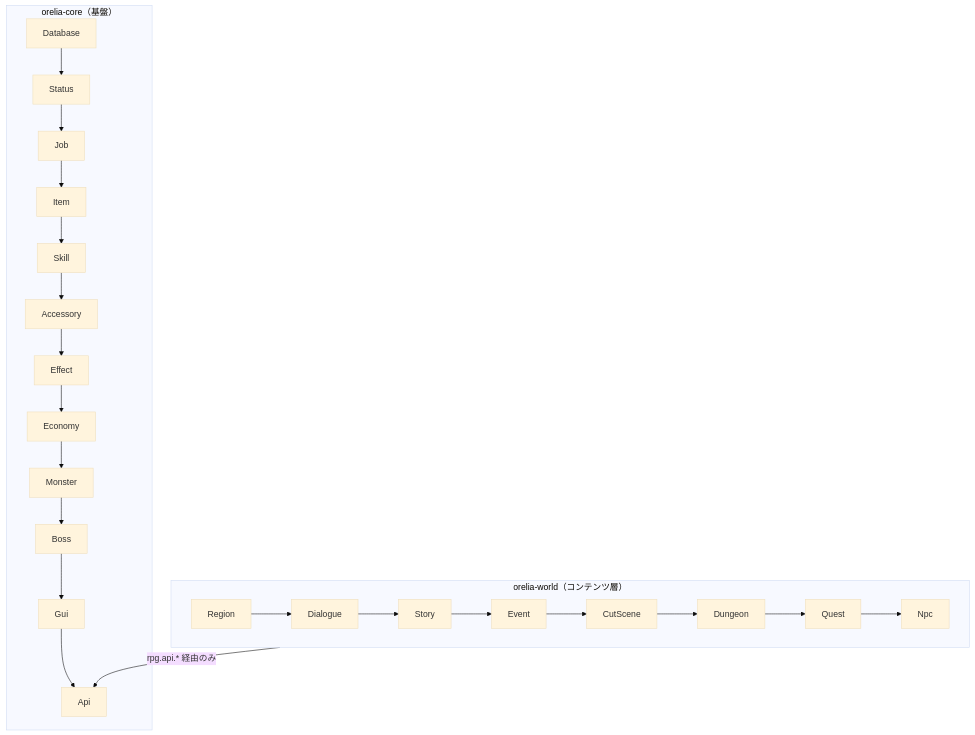
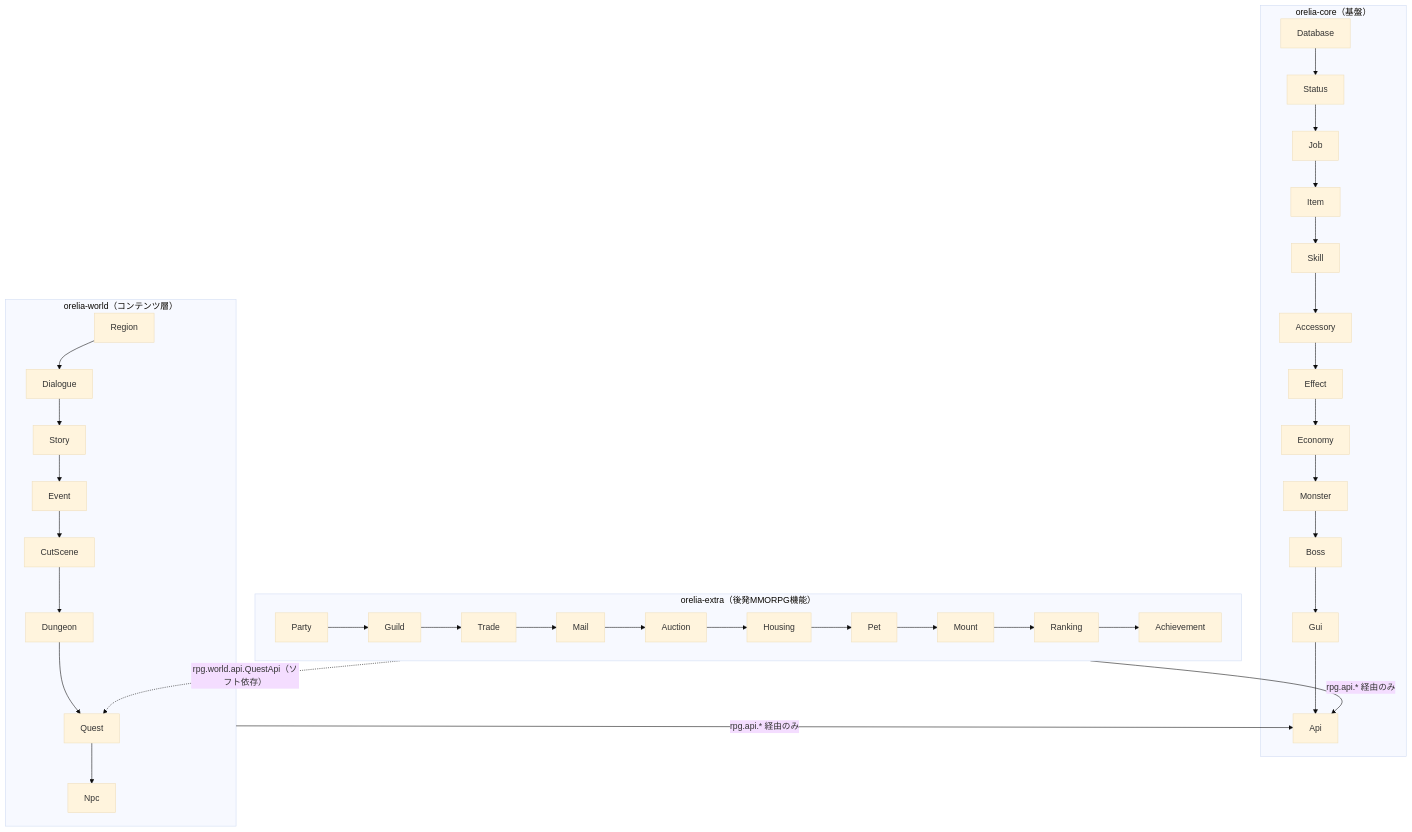
The diagram in docs/architecture/overview.md (orelia-mc/orelia-docs), drawn with Mermaid (base theme) before and after one commit. The commit also changed other lines of this file and 16 other files, not shown here.

First line of the commit message:
Document orelia-extra, correct its "not yet implemented" status

````diff
--- a/docs/architecture/overview.md
+++ b/docs/architecture/overview.md
@@ -5,10 +5,15 @@
 ```mermaid
 graph TB
   subgraph orelia-core["orelia-core（基盤）"]
     Database --> Status --> Job --> Item --> Skill --> Accessory --> Effect --> Economy --> Monster --> Boss --> Gui --> Api
   end
   subgraph orelia-world["orelia-world（コンテンツ層）"]
     Region --> Dialogue --> Story --> Event --> CutScene --> Dungeon --> Quest --> Npc
   end
+  subgraph orelia-extra["orelia-extra（後発MMORPG機能）"]
+    Party --> Guild --> Trade --> Mail --> Auction --> Housing --> Pet --> Mount --> Ranking --> Achievement
+  end
   orelia-world -->|rpg.api.* 経由のみ| Api
+  orelia-extra -->|rpg.api.* 経由のみ| Api
+  orelia-extra -.->|rpg.world.api.QuestApi（ソフト依存）| Quest
 ```
````
